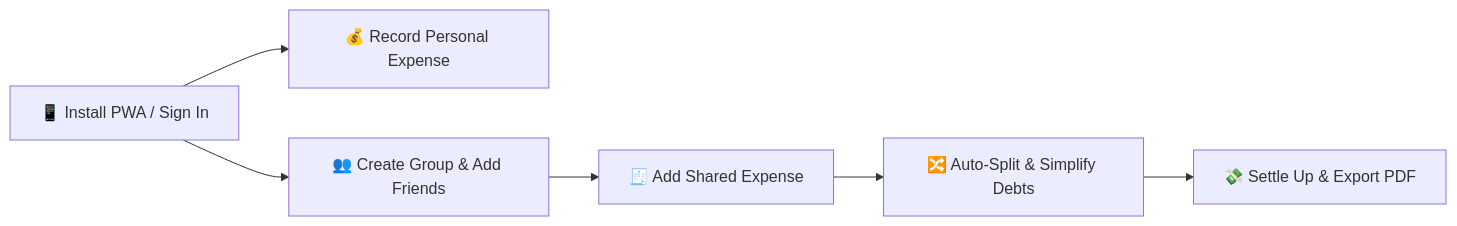
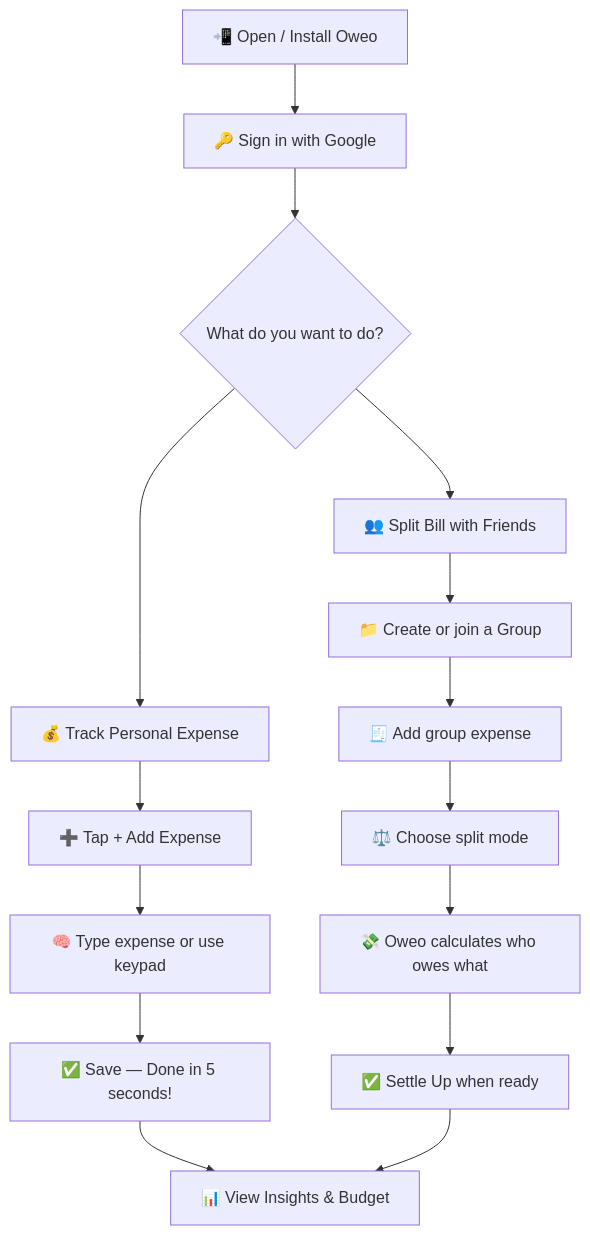
Before and after one commit to Parthparthu/Oweo: the first of 3 diagrams in README.md, drawn with Mermaid. The commit also changed other lines of this file, not shown here.

````diff
--- a/README.md
+++ b/README.md
@@ -138,8 +435,17 @@
 ```mermaid
-flowchart LR
-    A[📱 Install PWA / Sign In] --> B[💰 Record Personal Expense]
-    A --> C[👥 Create Group & Add Friends]
-    C --> D[🧾 Add Shared Expense]
-    D --> E[🔀 Auto-Split & Simplify Debts]
-    E --> F[💸 Settle Up & Export PDF]
+flowchart TD
+    A["📲 Open / Install Oweo"] --> B["🔑 Sign in with Google"]
+    B --> C{What do you want to do?}
+    C --> D["💰 Track Personal Expense"]
+    C --> E["👥 Split Bill with Friends"]
+    D --> F["➕ Tap + Add Expense"]
+    F --> G["🧠 Type expense or use keypad"]
+    G --> H["✅ Save — Done in 5 seconds!"]
+    E --> I["📁 Create or join a Group"]
+    I --> J["🧾 Add group expense"]
+    J --> K["⚖️ Choose split mode"]
+    K --> L["💸 Oweo calculates who owes what"]
+    L --> M["✅ Settle Up when ready"]
+    H --> N["📊 View Insights & Budget"]
+    M --> N
 ```
````
